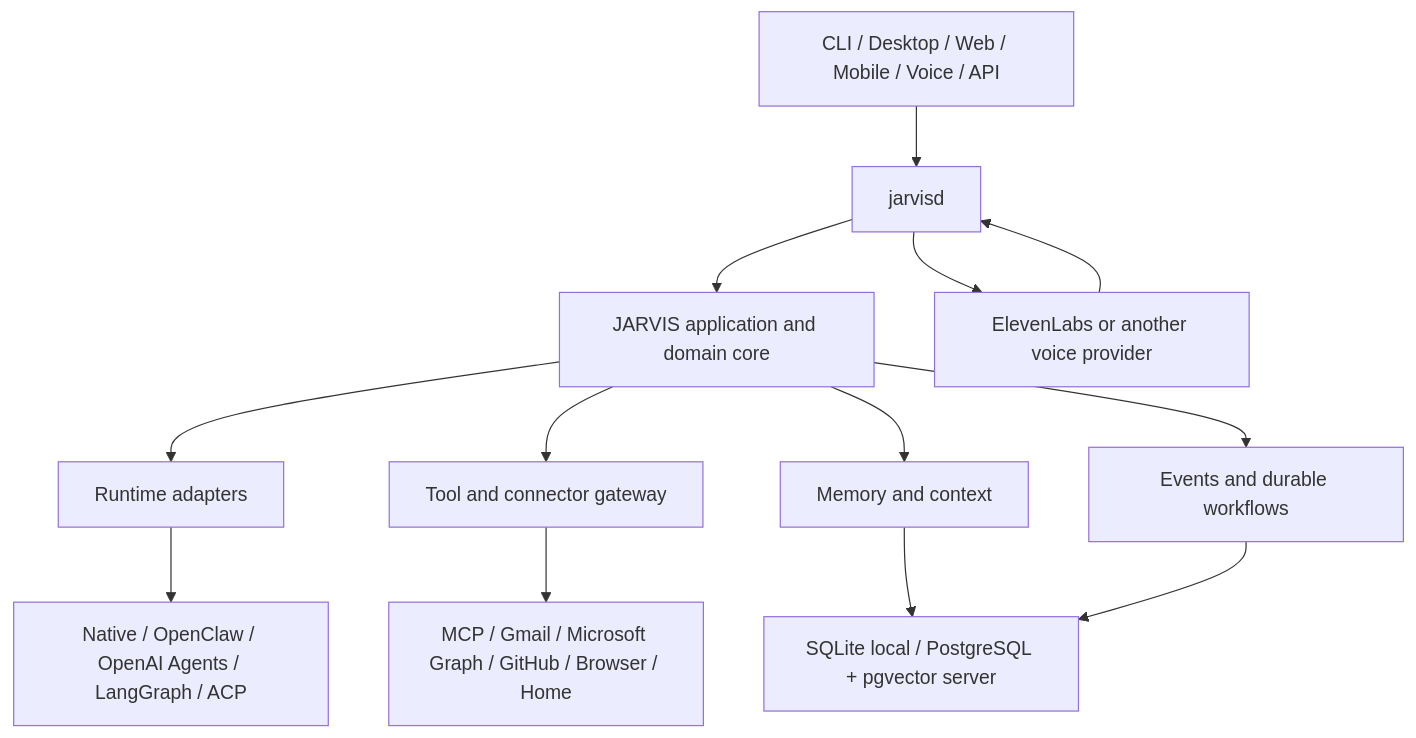
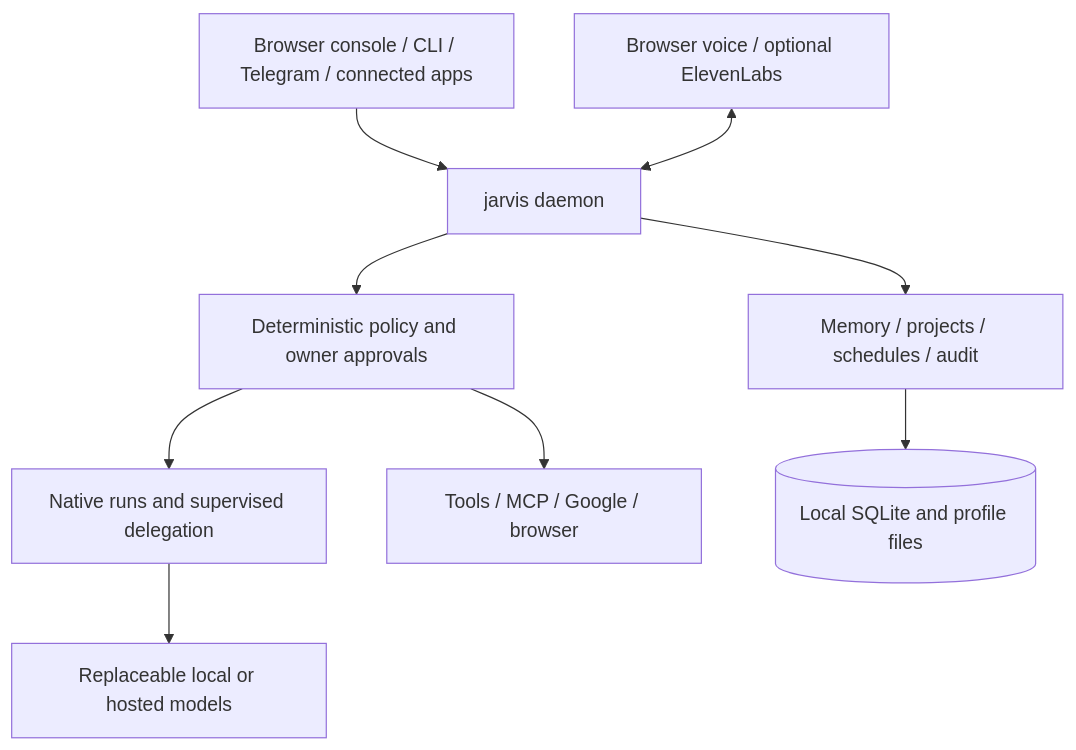
One commit to props-nothing/jarvis-core changed the diagram in README.md. Above: the diagram before and after it, drawn with Mermaid. The commit also changed other lines of this file and 86 other files, not shown here.

````diff
--- a/README.md
+++ b/README.md
@@ -25,15 +80,11 @@
 ```mermaid
 flowchart TB
-    UI[CLI / Desktop / Web / Mobile / Voice / API] --> D[jarvisd]
-    D --> C[JARVIS application and domain core]
-    C --> R[Runtime adapters]
-    C --> T[Tool and connector gateway]
-    C --> M[Memory and context]
-    C --> W[Events and durable workflows]
-    R --> RX[Native / OpenClaw / OpenAI Agents / LangGraph / ACP]
-    T --> TX[MCP / Gmail / Microsoft Graph / GitHub / Browser / Home]
-    M --> DB[SQLite local / PostgreSQL + pgvector server]
-    W --> DB
-    V[ElevenLabs or another voice provider] --> D
-    D --> V
+    UI[Browser console / CLI / Telegram / connected apps] --> D[jarvis daemon]
+    D --> P[Deterministic policy and owner approvals]
+    P --> R[Native runs and supervised delegation]
+    P --> T[Tools / MCP / Google / browser]
+    R --> L[Replaceable local or hosted models]
+    D --> M[Memory / projects / schedules / audit]
+    M --> DB[(Local SQLite and profile files)]
+    V[Browser voice / optional ElevenLabs] <--> D
 ```
````
